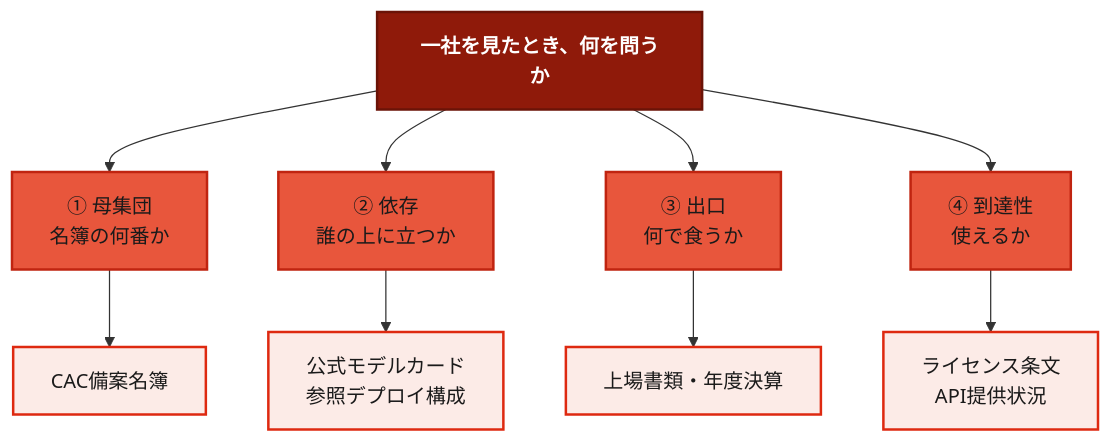
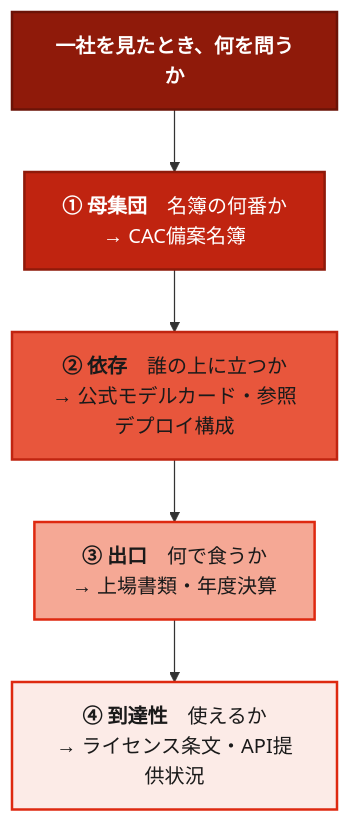
One commit to Leading-AI-IO/the-china-ai-registry changed the tenth of 10 diagrams in docs/jp/the-china-ai-registry_JP.md. Above: the diagram before and after it, drawn with Mermaid. The commit also changed other lines of this file, not shown here.

````diff
--- a/docs/jp/the-china-ai-registry_JP.md
+++ b/docs/jp/the-china-ai-registry_JP.md
@@ -1168,28 +1189,20 @@
 ```mermaid
 flowchart TB
     Q["<b>一社を見たとき、何を問うか</b>"]
 
-    A1["① 母集団<br/>名簿の何番か"]
-    A2["② 依存<br/>誰の上に立つか"]
-    A3["③ 出口<br/>何で食うか"]
-    A4["④ 到達性<br/>使えるか"]
-
-    S1["CAC備案名簿"]
-    S2["公式モデルカード<br/>参照デプロイ構成"]
-    S3["上場書類・年度決算"]
-    S4["ライセンス条文<br/>API提供状況"]
-
-    Q --> A1 --> S1
-    Q --> A2 --> S2
-    Q --> A3 --> S3
-    Q --> A4 --> S4
+    Q --> A1["<b>① 母集団</b>　名簿の何番か<br/>→ CAC備案名簿"]
+    A1 --> A2["<b>② 依存</b>　誰の上に立つか<br/>→ 公式モデルカード・参照デプロイ構成"]
+    A2 --> A3["<b>③ 出口</b>　何で食うか<br/>→ 上場書類・年度決算"]
+    A3 --> A4["<b>④ 到達性</b>　使えるか<br/>→ ライセンス条文・API提供状況"]
 
     classDef g1 fill:#8F1A0A,stroke:#6B1307,stroke-width:2px,color:#FFFFFF
     classDef g2 fill:#C02410,stroke:#8F1A0A,stroke-width:2px,color:#FFFFFF
     classDef g3 fill:#E8563C,stroke:#C02410,stroke-width:2px,color:#1A1A1A
     classDef g4 fill:#F5A895,stroke:#DE2910,stroke-width:2px,color:#1A1A1A
     classDef g5 fill:#FCEBE7,stroke:#DE2910,stroke-width:2px,color:#1A1A1A
     class Q g1
-    class A1,A2,A3,A4 g3
-    class S1,S2,S3,S4 g5
+    class A1 g2
+    class A2 g3
+    class A3 g4
+    class A4 g5
 ```
````
